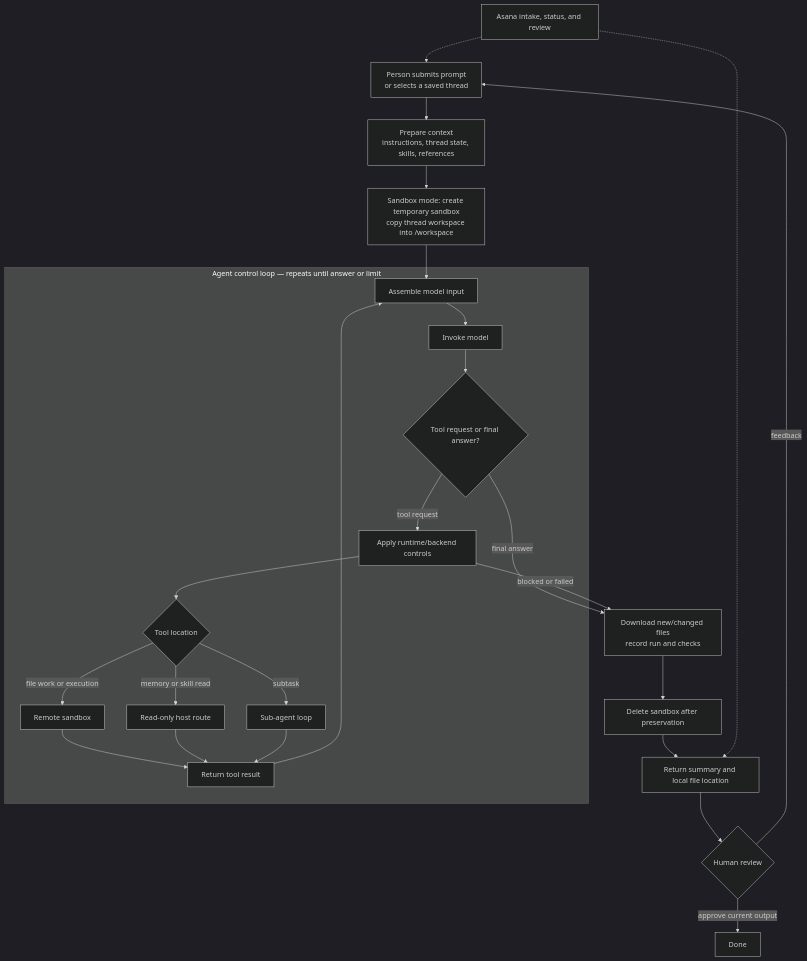
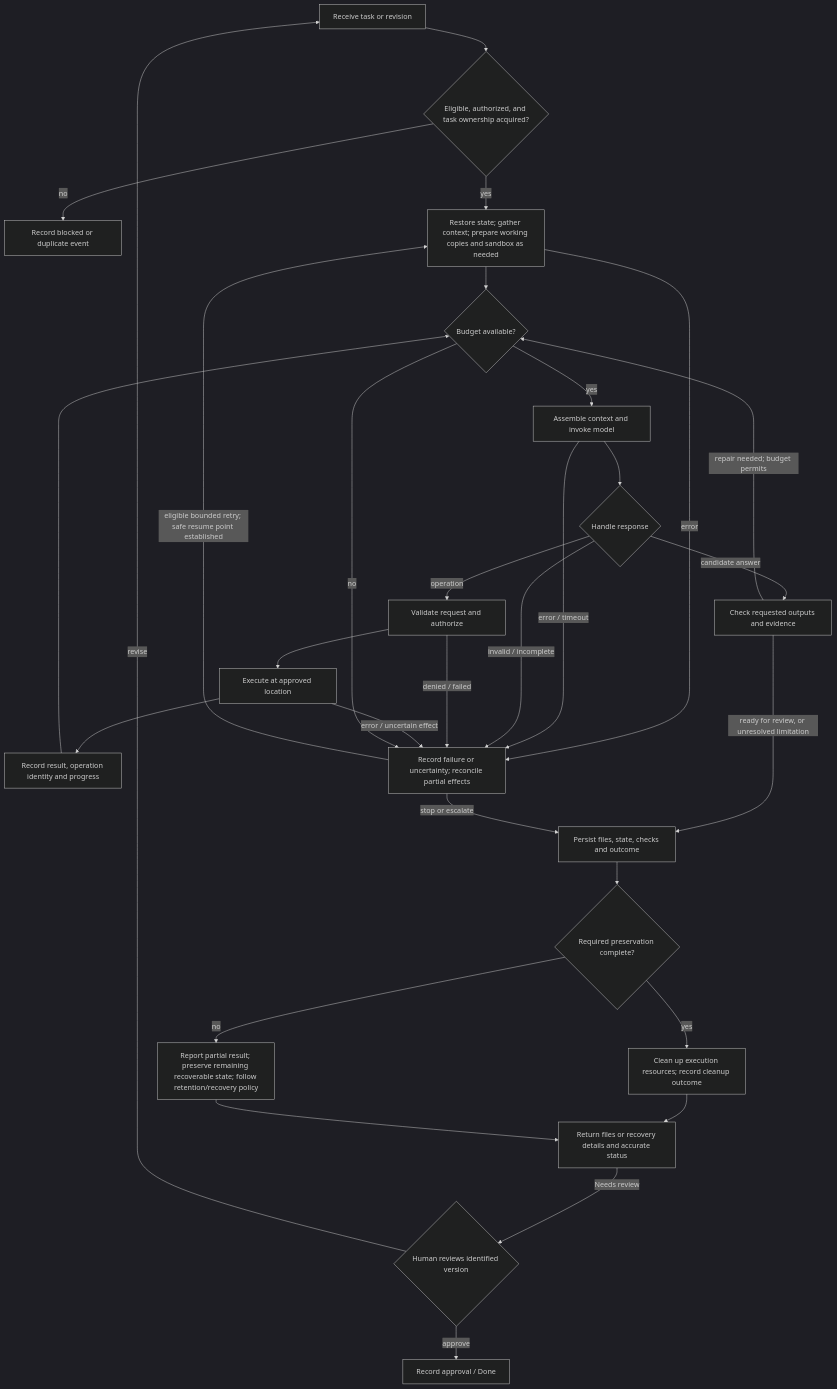
Before and after one commit to neil-yee/accounting-finance-agent: the third of 4 diagrams in docs/architecture.md, drawn with Mermaid (dark theme). The commit also changed other lines of this file and 2 other files, not shown here.

Commit message:
docs: define target agent design before implementation assessment

````diff
--- a/docs/architecture.md
+++ b/docs/architecture.md
@@ -95,28 +70,32 @@
 ```mermaid
-flowchart TB
-    INPUT["Person submits prompt<br/>or selects a saved thread"] --> GATHER["Prepare context<br/>instructions, thread state, skills, references"]
-    GATHER --> PREP["Sandbox mode: create temporary sandbox<br/>copy thread workspace into /workspace"]
-
-    subgraph LOOP["Agent control loop — repeats until answer or limit"]
-      ASSEMBLE["Assemble model input"] --> INVOKE["Invoke model"] --> ROUTE{"Tool request or final answer?"}
-      ROUTE -->|"tool request"| CHECK["Apply runtime/backend controls"] --> TOOL{"Tool location"}
-      TOOL -->|"file work or execution"| SBX["Remote sandbox"]
-      TOOL -->|"memory or skill read"| HOSTREF["Read-only host route"]
-      TOOL -->|"subtask"| SUB["Sub-agent loop"]
-      SBX --> RESULT["Return tool result"]
-      HOSTREF --> RESULT
-      SUB --> RESULT
-      RESULT --> ASSEMBLE
-    end
-
-    PREP --> ASSEMBLE
-    ROUTE -->|"final answer"| PRESERVE["Download new/changed files<br/>record run and checks"]
-    PRESERVE --> CLEAN["Delete sandbox after preservation"]
-    CLEAN --> RETURN["Return summary and local file location"]
-    RETURN --> HUMAN{"Human review"}
-    HUMAN -->|"feedback"| INPUT
-    HUMAN -->|"approve current output"| END["Done"]
-    CHECK -->|"blocked or failed"| PRESERVE
-    FUTURE["Asana intake, status, and review"] -.-> INPUT
-    FUTURE -.-> RETURN
+flowchart TD
+    IN["Receive task or revision"] --> ADMIT{"Eligible, authorized, and task ownership acquired?"}
+    ADMIT -->|"no"| REJECT["Record blocked or duplicate event"]
+    ADMIT -->|"yes"| PREP["Restore state; gather context; prepare working copies and sandbox as needed"]
+    PREP --> LIMIT{"Budget available?"}
+    LIMIT -->|"yes"| MODEL["Assemble context and invoke model"]
+    MODEL --> ROUTE{"Handle response"}
+    ROUTE -->|"operation"| CHECK["Validate request and authorize"]
+    CHECK --> EXEC["Execute at approved location"]
+    EXEC --> SAVE["Record result, operation identity and progress"]
+    SAVE --> LIMIT
+    ROUTE -->|"candidate answer"| VALIDATE["Check requested outputs and evidence"]
+    VALIDATE -->|"repair needed; budget permits"| LIMIT
+    VALIDATE -->|"ready for review, or unresolved limitation"| PRESERVE["Persist files, state, checks and outcome"]
+    PREP -->|"error"| FAILURE["Record failure or uncertainty; reconcile partial effects"]
+    MODEL -->|"error / timeout"| FAILURE
+    ROUTE -->|"invalid / incomplete"| FAILURE
+    CHECK -->|"denied / failed"| FAILURE
+    EXEC -->|"error / uncertain effect"| FAILURE
+    LIMIT -->|"no"| FAILURE
+    FAILURE -->|"eligible bounded retry; safe resume point established"| PREP
+    FAILURE -->|"stop or escalate"| PRESERVE
+    PRESERVE --> DURABLE{"Required preservation complete?"}
+    DURABLE -->|"yes"| CLEAN["Clean up execution resources; record cleanup outcome"]
+    DURABLE -->|"no"| RECOVER["Report partial result; preserve remaining recoverable state; follow retention/recovery policy"]
+    CLEAN --> OUT["Return files or recovery details and accurate status"]
+    RECOVER --> OUT
+    OUT -->|"Needs review"| REVIEW{"Human reviews identified version"}
+    REVIEW -->|"approve"| DONE["Record approval / Done"]
+    REVIEW -->|"revise"| IN
 ```
````
